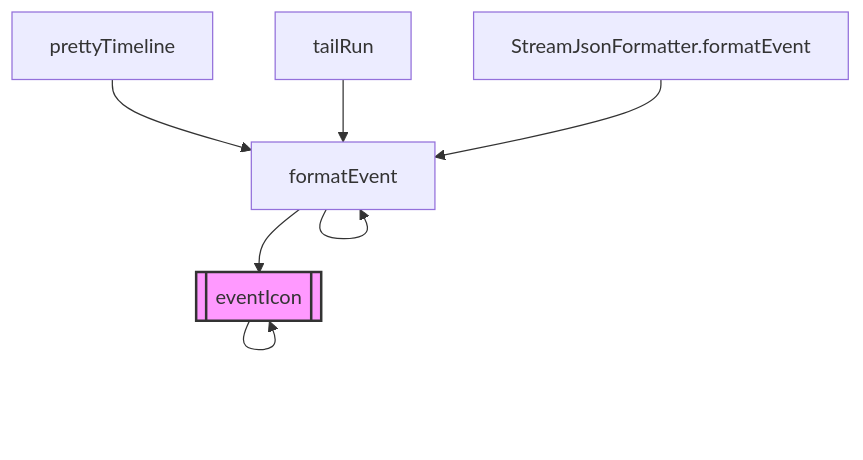
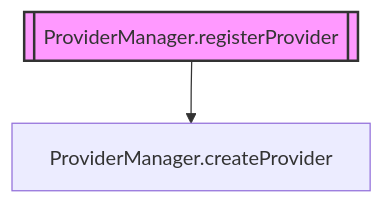
Before and after one commit to Zeeeepa/code-buddy: diagram 25 of 38 in .codebuddy/docs/3-subsystems.md, drawn with Mermaid. The commit also changed other lines of this file and 15 other files, not shown here.

````diff
--- a/.codebuddy/docs/3-subsystems.md
+++ b/.codebuddy/docs/3-subsystems.md
@@ -614,15 +720,7 @@
 ```mermaid
 graph TD
-    N0[["eventIcon"]]
-    N1["formatEvent"]
-    N2["prettyTimeline"]
-    N3["tailRun"]
-    N4["StreamJsonFormatter.formatEvent"]
-    N0 --> N0
-    N1 --> N0
-    N1 --> N1
-    N2 --> N1
-    N3 --> N1
-    N4 --> N1
+    N0[["ProviderManager.registerProvider"]]
+    N1["ProviderManager.createProvider"]
+    N0 --> N1
     style N0 fill:#f9f,stroke:#333,stroke-width:2px
 ```
````
